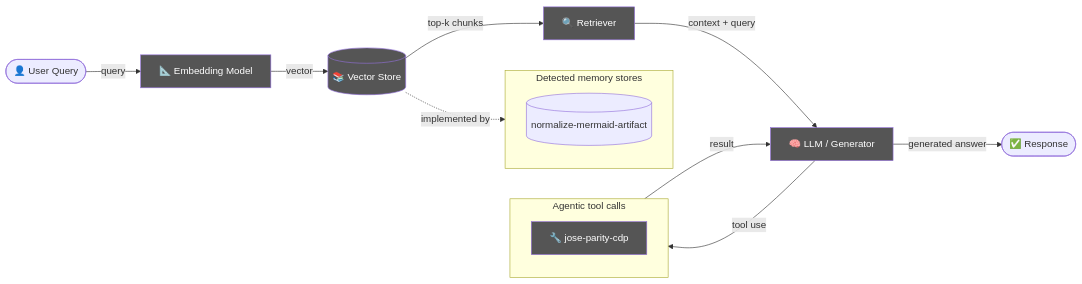
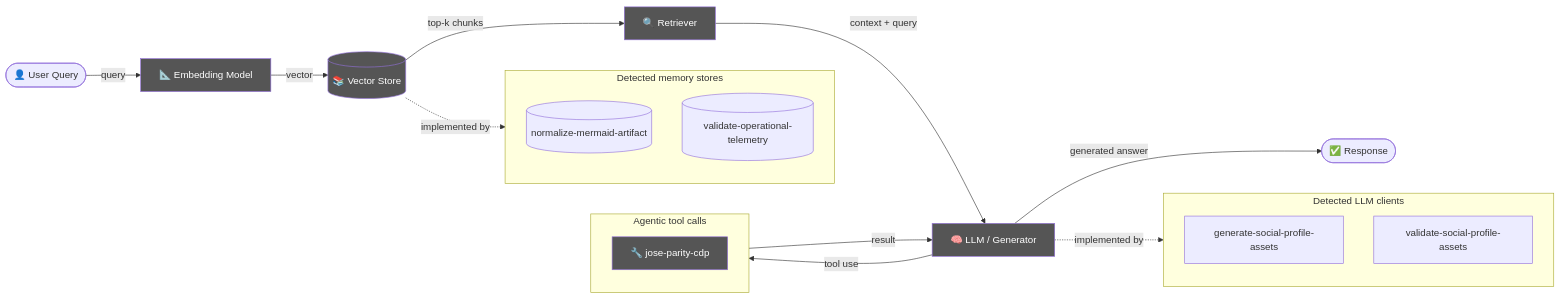
Before and after one commit to jscraik/websites: the diagram in .diagram/rag.mmd, drawn with Mermaid. The commit also changed 8 other files, not shown here.

First line of the commit message:
chore(diagrams): refresh architecture evidence

```diff
--- a/.diagram/rag.mmd
+++ b/.diagram/rag.mmd
@@ -1,27 +1,33 @@
 flowchart LR
   UserQ(["👤 User Query"])
   Embed["📐 Embedding Model"]
   VecDB[("📚 Vector Store")]
   Retriever["🔍 Retriever"]
   LLMNode["🧠 LLM / Generator"]
   Output(["✅ Response"])
   UserQ -->|query| Embed
   Embed -->|vector| VecDB
   VecDB -->|top-k chunks| Retriever
   Retriever -->|context + query| LLMNode
   LLMNode -->|generated answer| Output
   subgraph DetectedMemory["Detected memory stores"]
     det_detectedmemory_normalize_mermaid_artifact_9dba7231[("normalize-mermaid-artifact")]
+    det_detectedmemory_validate_operational_telemetry_cb447bde[("validate-operational-telemetry")]
   end
   VecDB -. "implemented by" .-> DetectedMemory
+  subgraph DetectedLLM["Detected LLM clients"]
+    det_detectedllm_generate_social_profile_assets_f4f94011["generate-social-profile-assets"]
+    det_detectedllm_validate_social_profile_assets_a023937b["validate-social-profile-assets"]
+  end
+  LLMNode -. "implemented by" .-> DetectedLLM
   subgraph DetectedTools["Agentic tool calls"]
     det_detectedtools_jose_parity_cdp_bdcde21d["🔧 jose-parity-cdp"]
   end
   LLMNode -->|tool use| DetectedTools
   DetectedTools -->|result| LLMNode
   classDef memNode fill:#555,color:#fff
   class VecDB,Retriever memNode
   classDef llmNode fill:#555,color:#fff
   class LLMNode,Embed llmNode
   classDef toolNode fill:#555,color:#fff
   class det_detectedtools_jose_parity_cdp_bdcde21d toolNode
```
